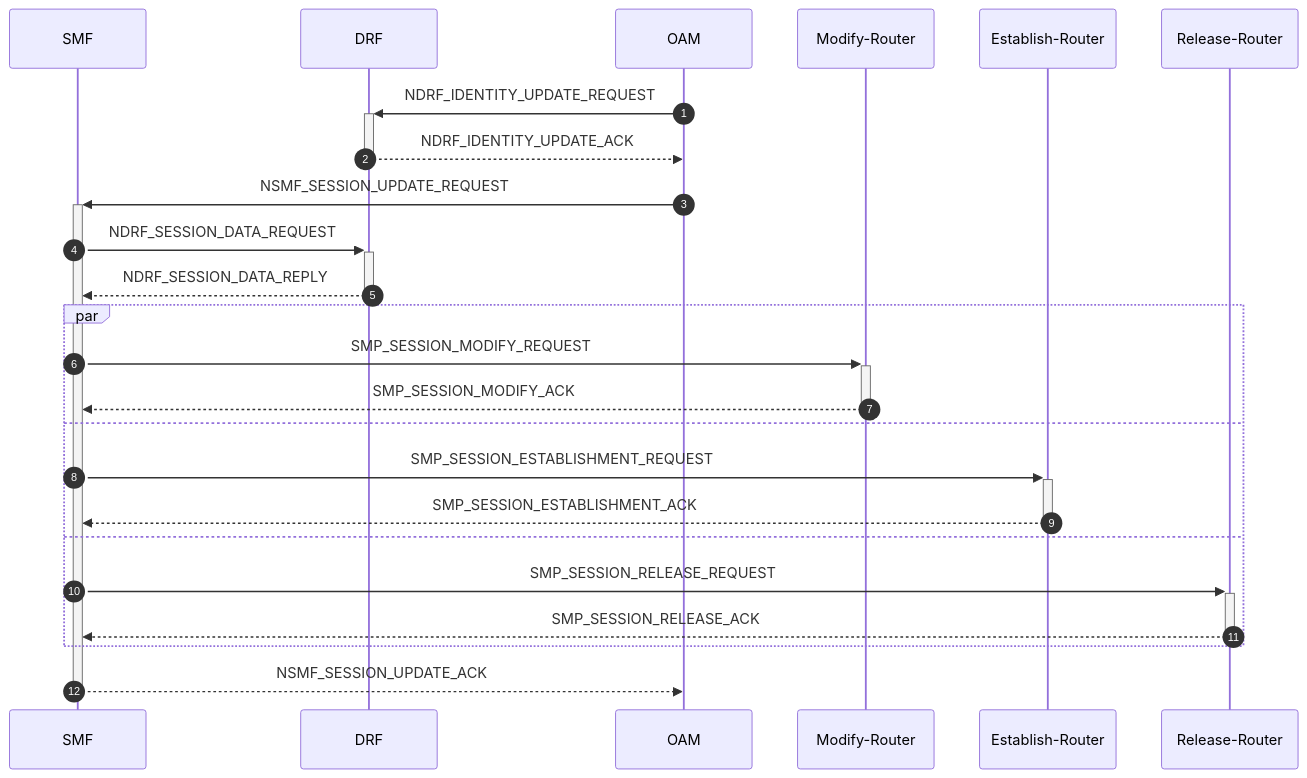
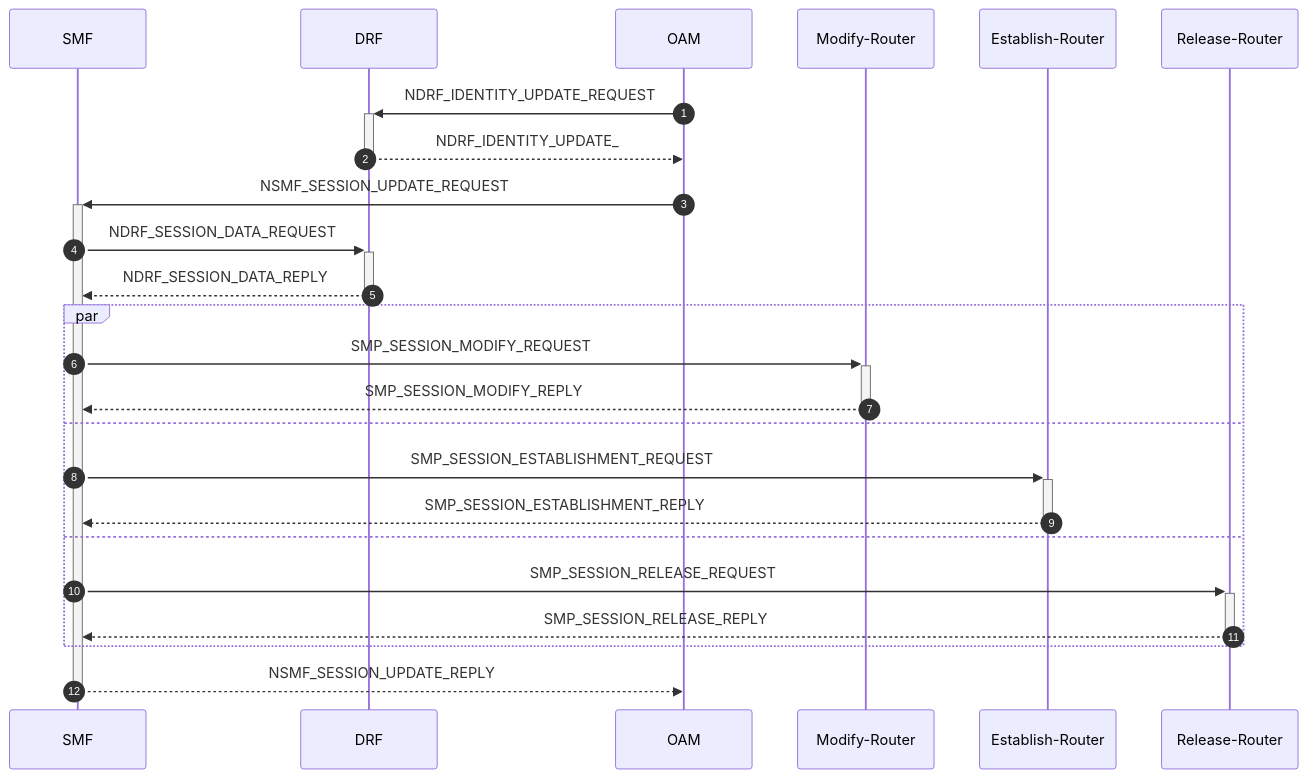
Before and after one commit to veil-link/veilink: diagram 12 of 21 in doc/doc-spec/00-series-general/00.002-procedure.md, drawn with Mermaid. The commit also changed other lines of this file and 1 other file, not shown here.

Commit message:
feat: oam monitoring

````diff
--- a/doc/doc-spec/00-series-general/00.002-procedure.md
+++ b/doc/doc-spec/00-series-general/00.002-procedure.md
@@ -274,28 +277,28 @@
 ```mermaid
 sequenceDiagram
     autonumber
 
     participant smf as SMF
     participant drf as DRF
     participant oam as OAM
     participant mrt as Modify-Router
     participant ert as Establish-Router
     participant rrt as Release-Router
 
     oam ->>+ drf: NDRF_IDENTITY_UPDATE_REQUEST
-    drf -->>- oam: NDRF_IDENTITY_UPDATE_ACK
+    drf -->>- oam: NDRF_IDENTITY_UPDATE_
     oam ->>+ smf: NSMF_SESSION_UPDATE_REQUEST
     smf ->>+ drf: NDRF_SESSION_DATA_REQUEST
     drf -->>- smf: NDRF_SESSION_DATA_REPLY
     par
         smf ->>+ mrt: SMP_SESSION_MODIFY_REQUEST
-        mrt -->>- smf: SMP_SESSION_MODIFY_ACK
+        mrt -->>- smf: SMP_SESSION_MODIFY_REPLY
     and
         smf ->>+ ert: SMP_SESSION_ESTABLISHMENT_REQUEST
-        ert -->>- smf: SMP_SESSION_ESTABLISHMENT_ACK
+        ert -->>- smf: SMP_SESSION_ESTABLISHMENT_REPLY
     and
         smf ->>+ rrt: SMP_SESSION_RELEASE_REQUEST
-        rrt -->>- smf: SMP_SESSION_RELEASE_ACK
+        rrt -->>- smf: SMP_SESSION_RELEASE_REPLY
     end
-    smf -->>- oam: NSMF_SESSION_UPDATE_ACK
+    smf -->>- oam: NSMF_SESSION_UPDATE_REPLY
 ```
````
